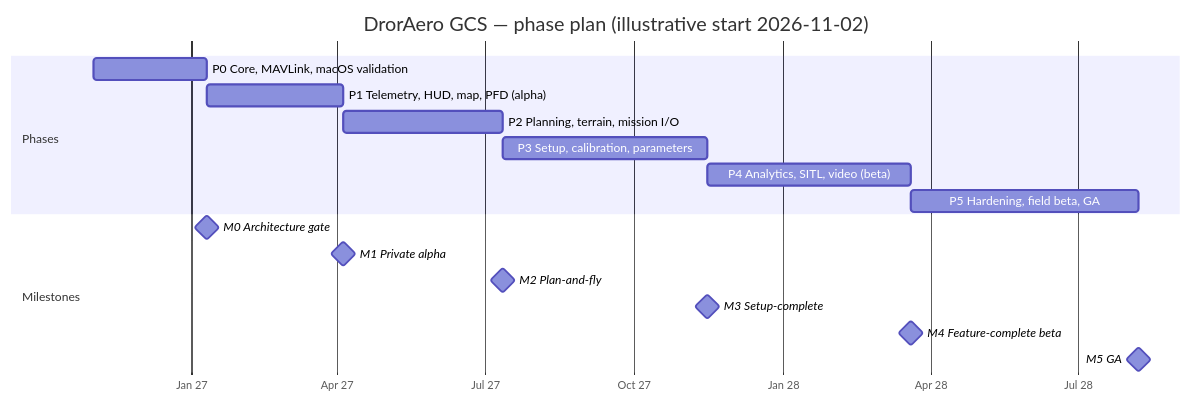
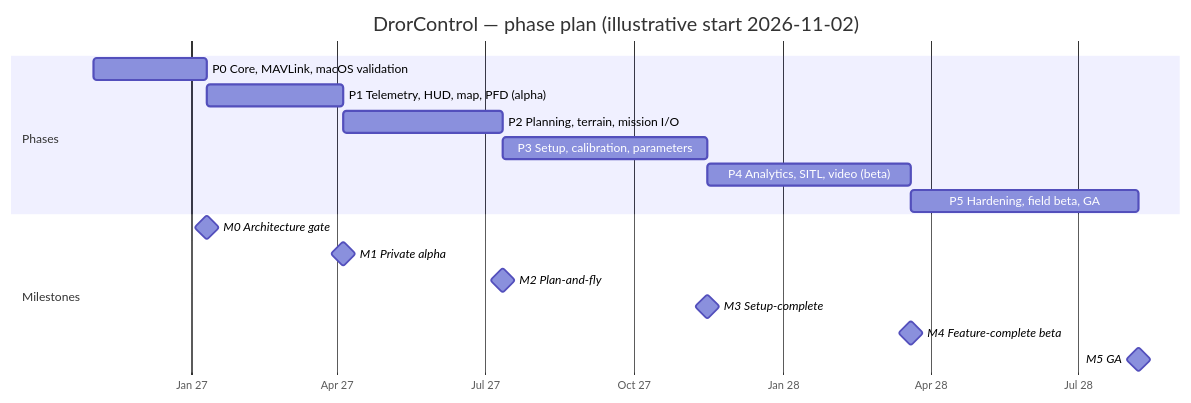
Before and after one commit to djdanou-cloud/drorcontrol: the diagram in docs/plan/07-roadmap-team.md, drawn with Mermaid. The commit also changed other lines of this file and 8 other files, not shown here.

First line of the commit message:
Rename product to DrorControl

````diff
--- a/docs/plan/07-roadmap-team.md
+++ b/docs/plan/07-roadmap-team.md
@@ -5,20 +5,20 @@
 ```mermaid
 gantt
-  title DrorAero GCS — phase plan (illustrative start 2026-11-02)
+  title DrorControl — phase plan (illustrative start 2026-11-02)
   dateFormat  YYYY-MM-DD
   axisFormat  %b %y
   section Phases
   P0 Core, MAVLink, macOS validation   :p0, 2026-11-02, 70d
   P1 Telemetry, HUD, map, PFD (alpha)   :p1, after p0, 84d
   P2 Planning, terrain, mission I/O     :p2, after p1, 98d
   P3 Setup, calibration, parameters     :p3, after p2, 126d
   P4 Analytics, SITL, video (beta)      :p4, after p3, 126d
   P5 Hardening, field beta, GA          :p5, after p4, 140d
   section Milestones
   M0 Architecture gate                  :milestone, after p0, 0d
   M1 Private alpha                      :milestone, after p1, 0d
   M2 Plan-and-fly                       :milestone, after p2, 0d
   M3 Setup-complete                     :milestone, after p3, 0d
   M4 Feature-complete beta              :milestone, after p4, 0d
   M5 GA                                 :milestone, after p5, 0d
 ```
````
